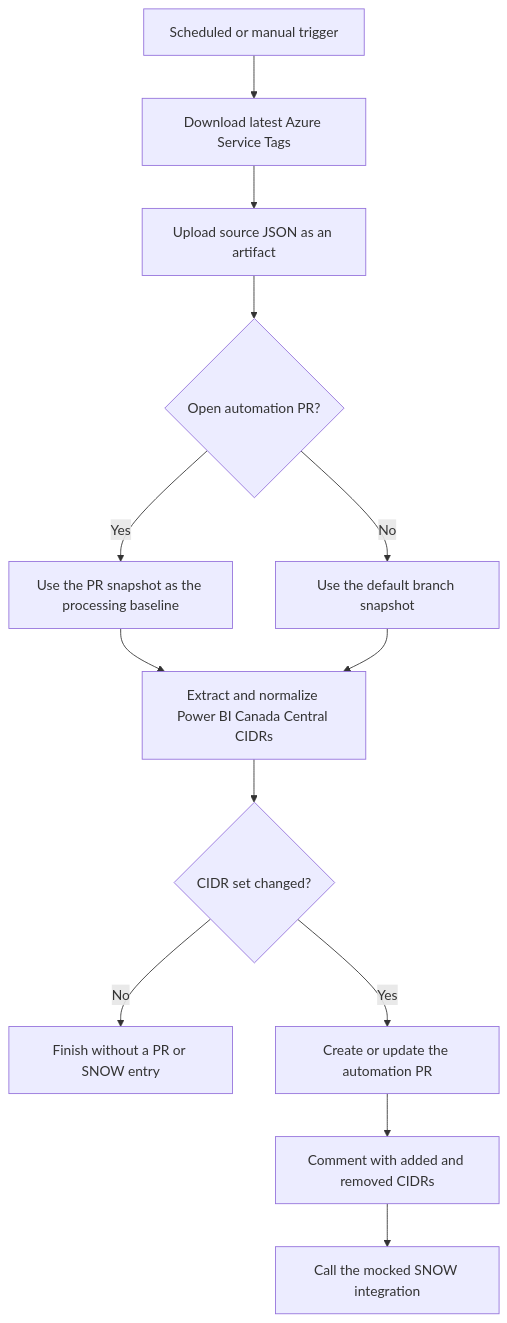
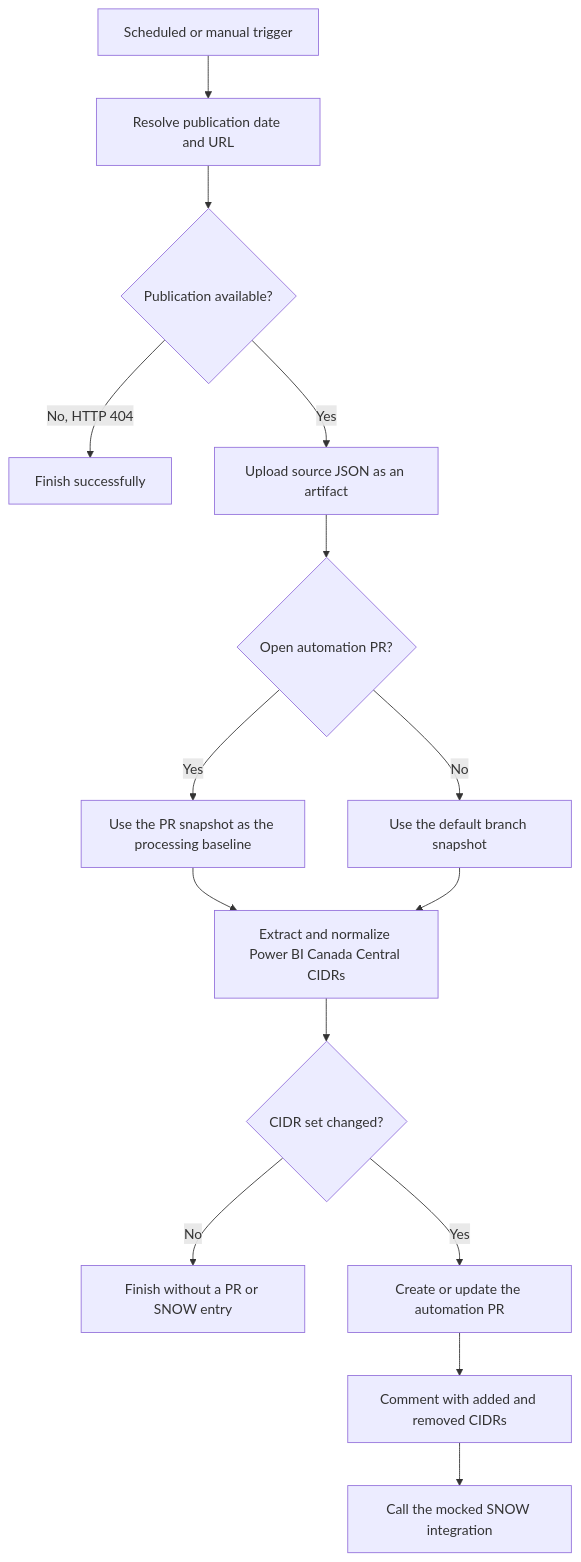
Before and after one commit to ricardocovo/ip-allow-workflow-poc: the diagram in README.md, drawn with Mermaid. The commit also changed other lines of this file and 6 other files, not shown here.

Commit message:
Enhance IP Allow List workflow with optional date input and improved error handling for service tags download

````diff
--- a/README.md
+++ b/README.md
@@ -28,15 +35,17 @@
 ```mermaid
 flowchart TD
-    A[Scheduled or manual trigger] --> B[Download latest Azure Service Tags]
-    B --> C[Upload source JSON as an artifact]
-    C --> D{Open automation PR?}
-    D -- Yes --> E[Use the PR snapshot as the processing baseline]
-    D -- No --> F[Use the default branch snapshot]
-    E --> G[Extract and normalize Power BI Canada Central CIDRs]
-    F --> G
-    G --> H{CIDR set changed?}
-    H -- No --> I[Finish without a PR or SNOW entry]
-    H -- Yes --> J[Create or update the automation PR]
-    J --> K[Comment with added and removed CIDRs]
-    K --> L[Call the mocked SNOW integration]
+    A[Scheduled or manual trigger] --> B[Resolve publication date and URL]
+    B --> C{Publication available?}
+    C -- No, HTTP 404 --> D[Finish successfully]
+    C -- Yes --> E[Upload source JSON as an artifact]
+    E --> F{Open automation PR?}
+    F -- Yes --> G[Use the PR snapshot as the processing baseline]
+    F -- No --> H[Use the default branch snapshot]
+    G --> I[Extract and normalize Power BI Canada Central CIDRs]
+    H --> I
+    I --> J{CIDR set changed?}
+    J -- No --> K[Finish without a PR or SNOW entry]
+    J -- Yes --> L[Create or update the automation PR]
+    L --> M[Comment with added and removed CIDRs]
+    M --> N[Call the mocked SNOW integration]
 ```
````
